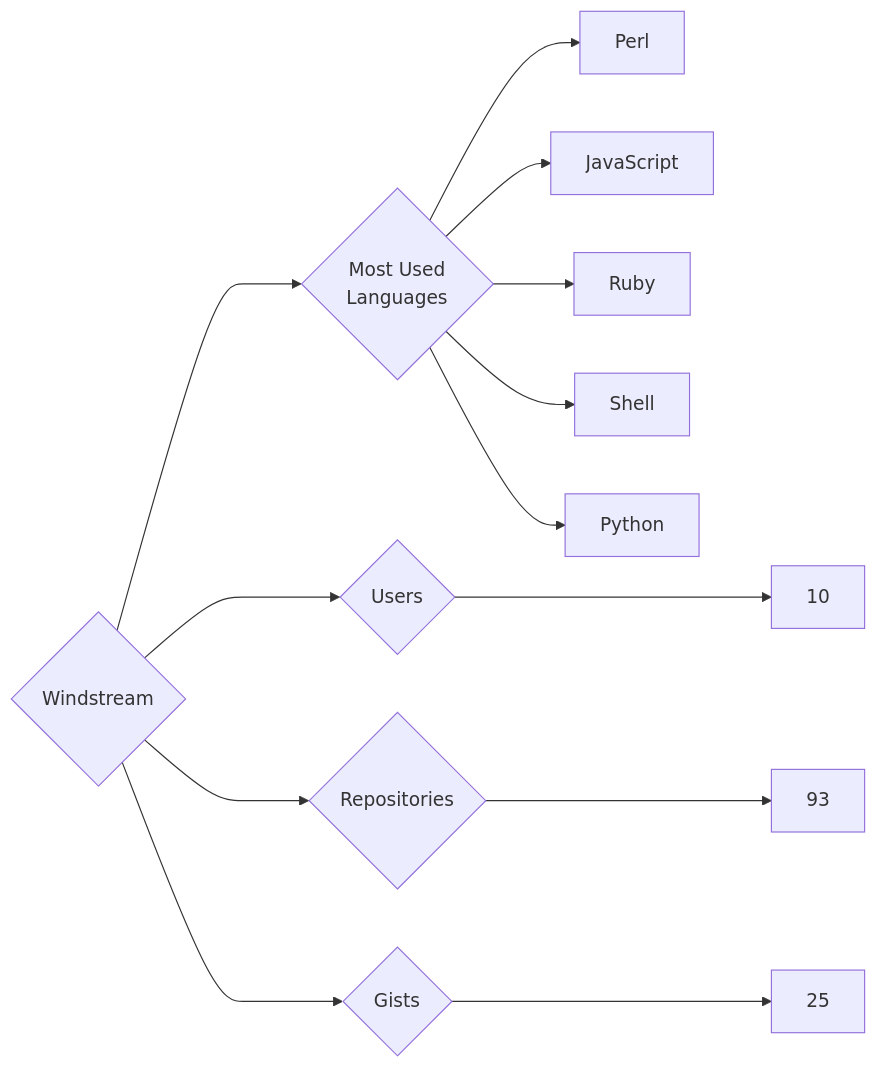
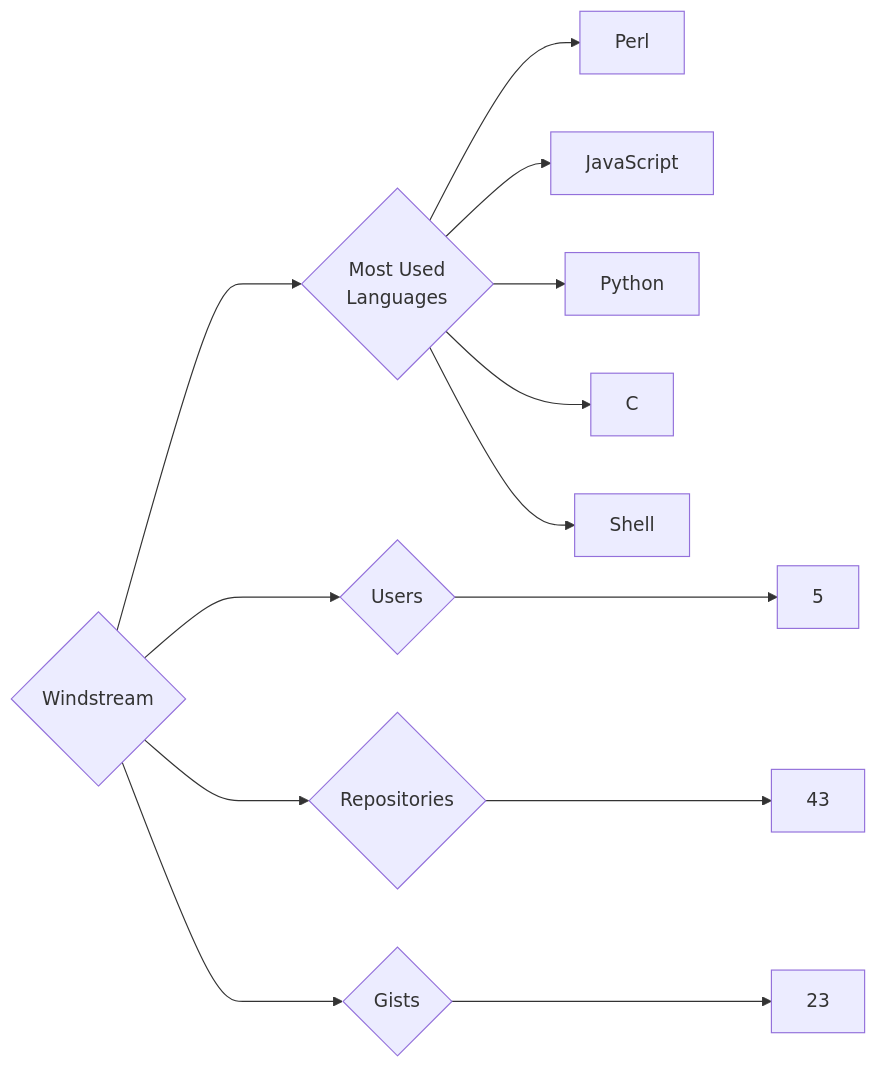
The diagram in targets/Windstream/README.md (trickest/insiders), drawn with Mermaid before and after one commit. The commit also changed 1496 other files, not shown here.

````diff
--- a/targets/Windstream/README.md
+++ b/targets/Windstream/README.md
@@ -3,13 +3,13 @@
 ```mermaid
 graph LR
 COMPANY_NAME{Windstream}
-COMPANY_NAME ---> U{Users} ---> UN[10]
-COMPANY_NAME ---> R{Repositories} ---> RN[93]
-COMPANY_NAME ---> G{Gists} ---> GN[25]
+COMPANY_NAME ---> U{Users} ---> UN[5]
+COMPANY_NAME ---> R{Repositories} ---> RN[43]
+COMPANY_NAME ---> G{Gists} ---> GN[23]
 COMPANY_NAME ---> ML{Most Used<br>Languages}
 ML --> Perl[Perl]
 ML --> JavaScript[JavaScript]
-ML --> Ruby[Ruby]
+ML --> Python[Python]
+ML --> C[C]
 ML --> Shell[Shell]
-ML --> Python[Python]
 ```
````
